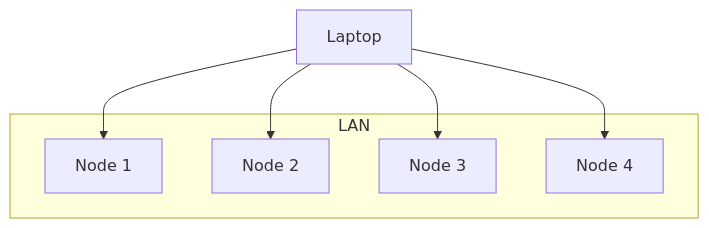
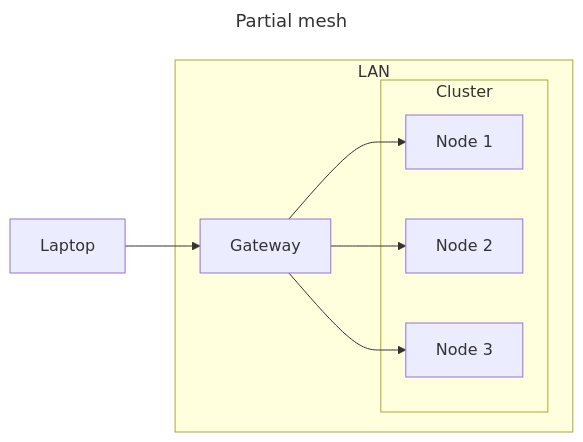
Before and after one commit to j-krl/blog: the first of 2 diagrams in _posts/2026-05-08-hub-and-spoke-architecture.md, drawn with Mermaid. The commit also changed other lines of this file and 1 other file, not shown here.

```diff
--- a/_posts/2026-05-08-hub-and-spoke-architecture.md
+++ b/_posts/2026-05-08-hub-and-spoke-architecture.md
@@ -13,14 +13,21 @@
 <pre class="mermaid" style="text-align: center;">
-flowchart TD
-    Laptop
-    Laptop --> n1[Node 1]
-    Laptop --> n2[Node 2]
-    Laptop --> n3[Node 3]
-    Laptop --> n4[Node 4]
+---
+title: Partial mesh
+---
+flowchart LR
+    Laptop --> Gateway
+    Gateway --> n1[Node 1]
+    Gateway --> n2[Node 2]
+    Gateway --> n3[Node 3]
     subgraph LAN
+        Gateway
         n1
         n2
         n3
-        n4
+        subgraph Cluster
+            n1
+            n2
+            n3
+        end
     end
 </pre>
```
